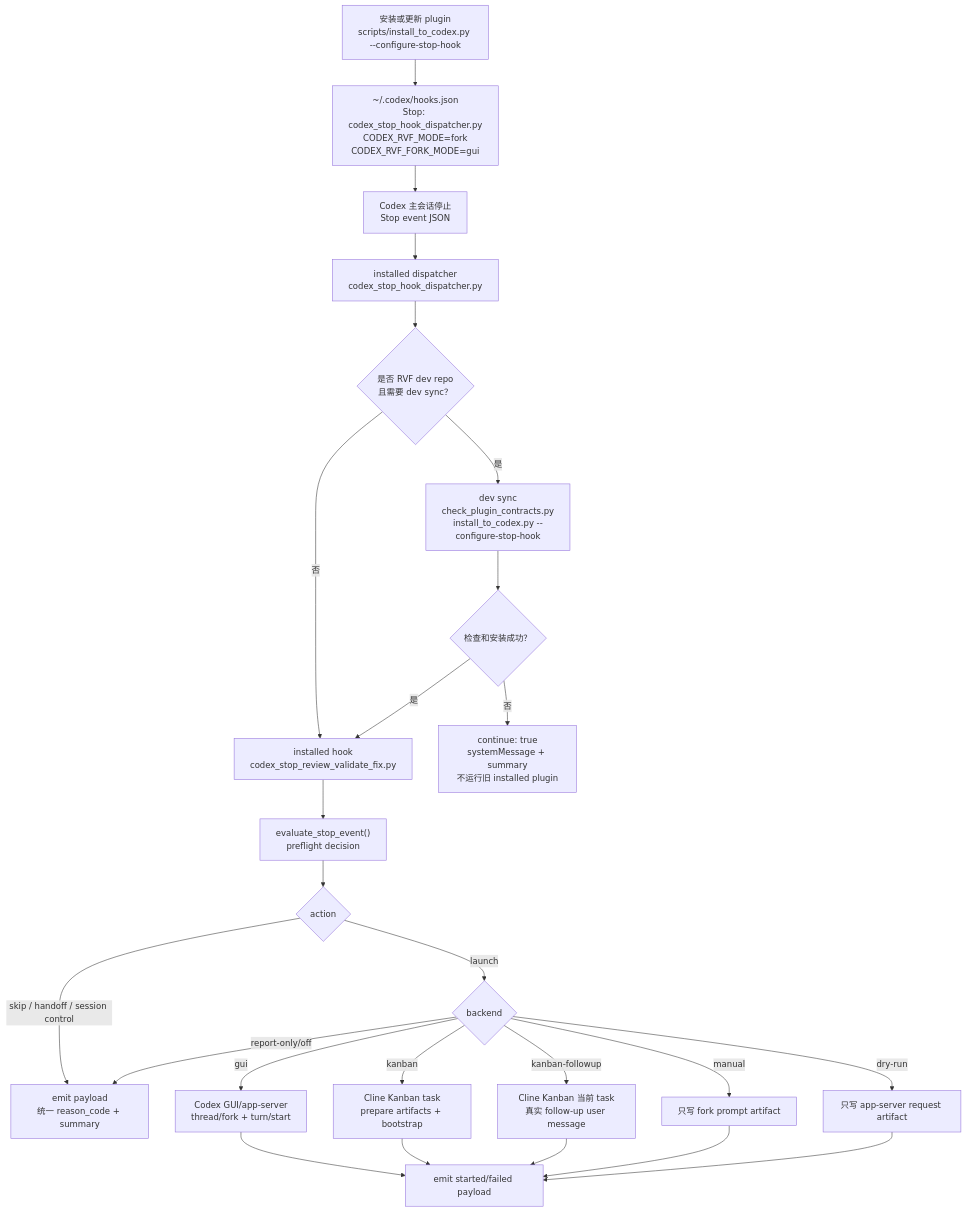
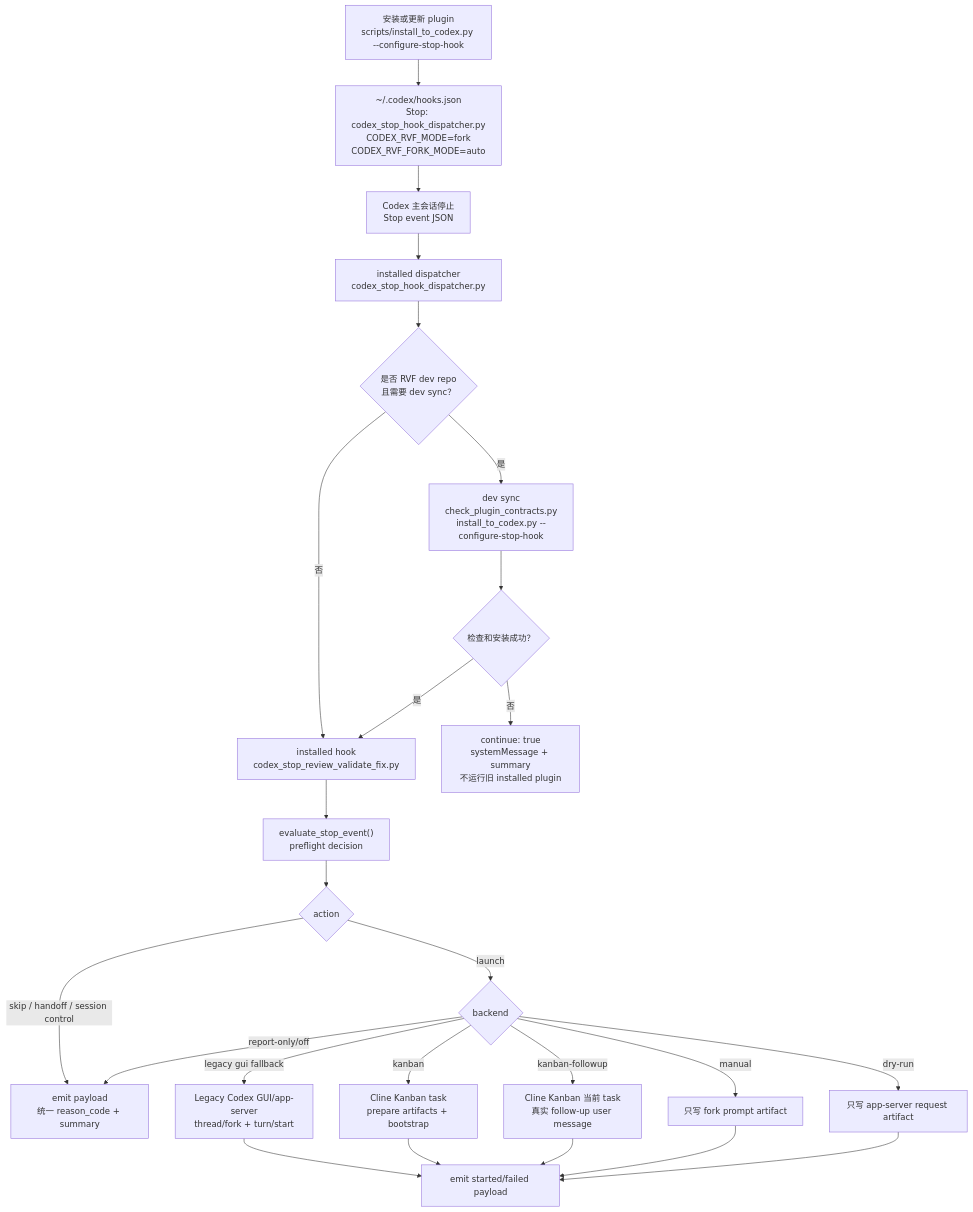
Before and after one commit to RealmX1/review-validate-fix: the diagram in README.md, drawn with Mermaid. The commit also changed other lines of this file and 9 other files, not shown here.

First line of the commit message:
fix: 默认通过 Cline Kanban 启动 RVF Stop hook

````diff
--- a/README.md
+++ b/README.md
@@ -184,31 +184,31 @@
 ```mermaid
 flowchart TD
-    Install["安装或更新 plugin\nscripts/install_to_codex.py --configure-stop-hook"] --> Hooks["~/.codex/hooks.json\nStop: codex_stop_hook_dispatcher.py\nCODEX_RVF_MODE=fork\nCODEX_RVF_FORK_MODE=gui"]
+    Install["安装或更新 plugin\nscripts/install_to_codex.py --configure-stop-hook"] --> Hooks["~/.codex/hooks.json\nStop: codex_stop_hook_dispatcher.py\nCODEX_RVF_MODE=fork\nCODEX_RVF_FORK_MODE=auto"]
     Hooks --> Stop["Codex 主会话停止\nStop event JSON"]
     Stop --> Dispatcher["installed dispatcher\ncodex_stop_hook_dispatcher.py"]
 
     Dispatcher --> DevCheck{"是否 RVF dev repo\n且需要 dev sync？"}
     DevCheck -- "否" --> InstalledHook["installed hook\ncodex_stop_review_validate_fix.py"]
     DevCheck -- "是" --> Sync["dev sync\ncheck_plugin_contracts.py\ninstall_to_codex.py --configure-stop-hook"]
     Sync --> SyncOk{"检查和安装成功？"}
     SyncOk -- "否" --> BlockingFail["continue: true\nsystemMessage + summary\n不运行旧 installed plugin"]
     SyncOk -- "是" --> InstalledHook
 
     InstalledHook --> Evaluate["evaluate_stop_event()\npreflight decision"]
     Evaluate --> Decision{"action"}
     Decision -- "skip / handoff / session control" --> Skip["emit payload\n统一 reason_code + summary"]
     Decision -- "launch" --> Backend{"backend"}
 
-    Backend -- "gui" --> Gui["Codex GUI/app-server\nthread/fork + turn/start"]
+    Backend -- "legacy gui fallback" --> Gui["Legacy Codex GUI/app-server\nthread/fork + turn/start"]
     Backend -- "kanban" --> Kanban["Cline Kanban task\nprepare artifacts + bootstrap"]
     Backend -- "kanban-followup" --> KanbanFollowup["Cline Kanban 当前 task\n真实 follow-up user message"]
     Backend -- "manual" --> Manual["只写 fork prompt artifact"]
     Backend -- "dry-run" --> DryRun["只写 app-server request artifact"]
     Backend -- "report-only/off" --> Skip
 
     Gui --> Result["emit started/failed payload"]
     Kanban --> Result
     KanbanFollowup --> Result
     Manual --> Result
     DryRun --> Result
 ```
````
